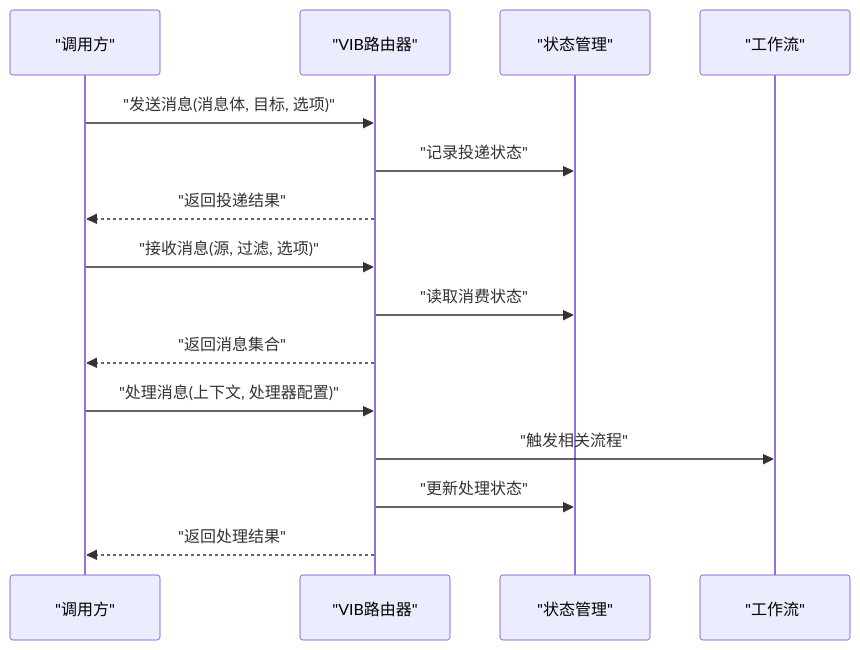
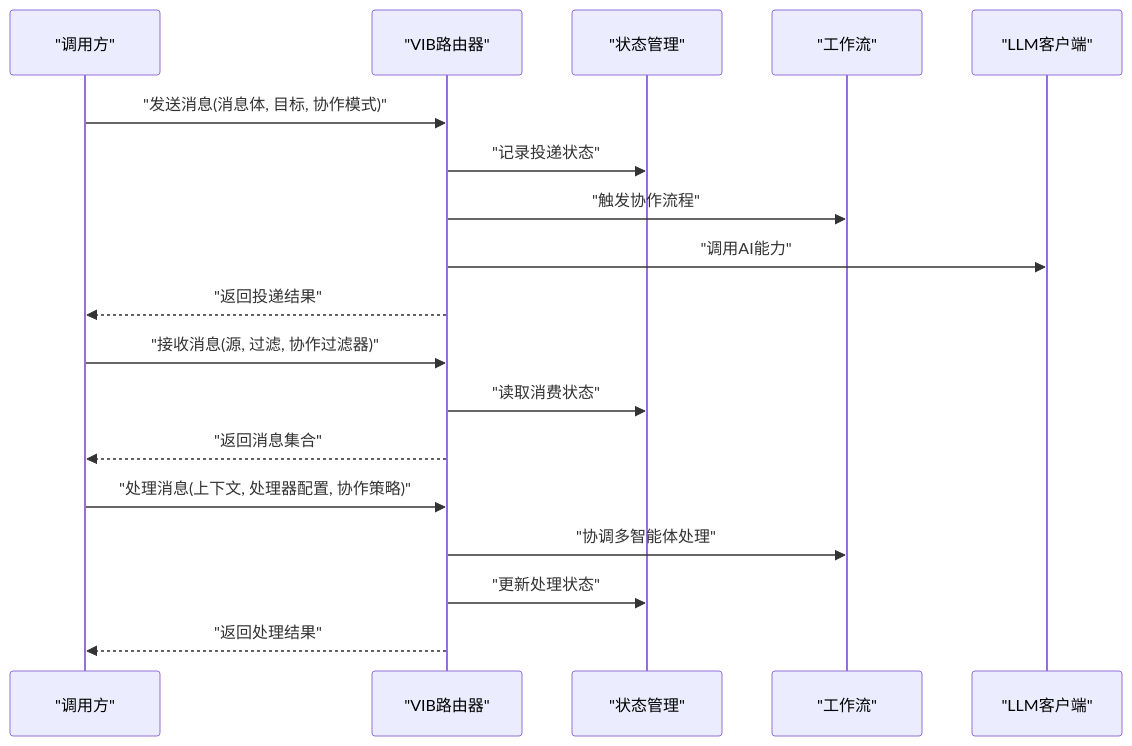
The fourth of 7 diagrams in .qoder/repowiki/zh/content/API参考文档/API参考文档.md (QuStarry/VIB-SparseCommunication), drawn with Mermaid before and after one commit. The commit also changed other lines of this file and 28 other files, not shown here.

````diff
--- a/.qoder/repowiki/zh/content/API参考文档/API参考文档.md
+++ b/.qoder/repowiki/zh/content/API参考文档/API参考文档.md
@@ -134,17 +231,20 @@
 ```mermaid
 sequenceDiagram
 participant Caller as "调用方"
 participant Router as "VIB路由器"
 participant State as "状态管理"
 participant WF as "工作流"
-Caller->>Router : "发送消息(消息体, 目标, 选项)"
+participant LLM as "LLM客户端"
+Caller->>Router : "发送消息(消息体, 目标, 协作模式)"
 Router->>State : "记录投递状态"
+Router->>WF : "触发协作流程"
+Router->>LLM : "调用AI能力"
 Router-->>Caller : "返回投递结果"
-Caller->>Router : "接收消息(源, 过滤, 选项)"
+Caller->>Router : "接收消息(源, 过滤, 协作过滤器)"
 Router->>State : "读取消费状态"
 Router-->>Caller : "返回消息集合"
-Caller->>Router : "处理消息(上下文, 处理器配置)"
-Router->>WF : "触发相关流程"
+Caller->>Router : "处理消息(上下文, 处理器配置, 协作策略)"
+Router->>WF : "协调多智能体处理"
 Router->>State : "更新处理状态"
 Router-->>Caller : "返回处理结果"
 ```
````
